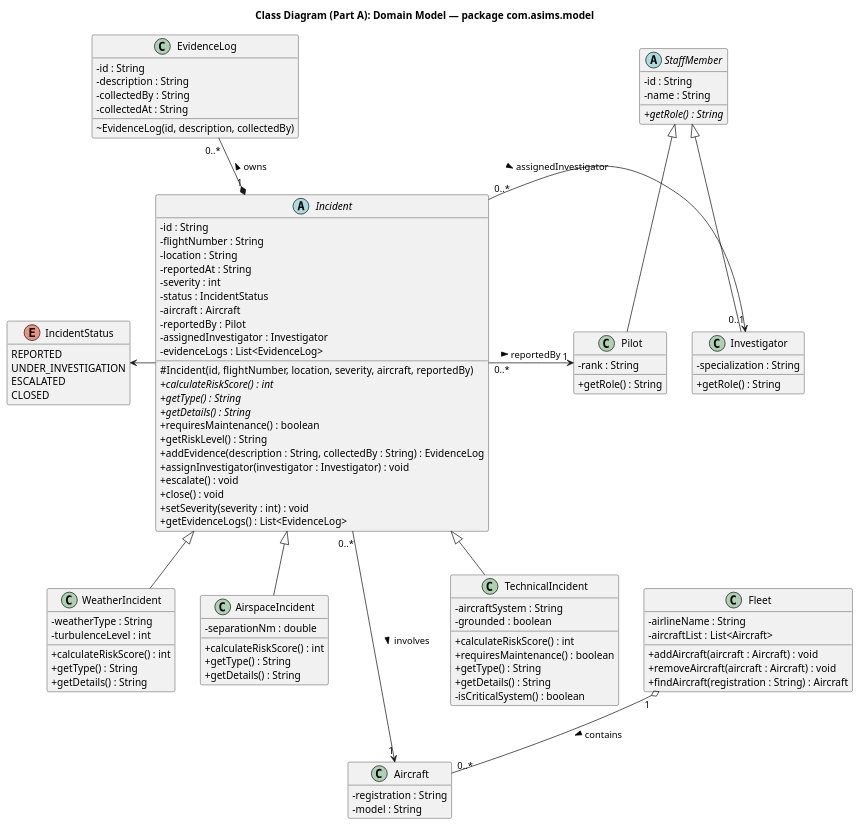
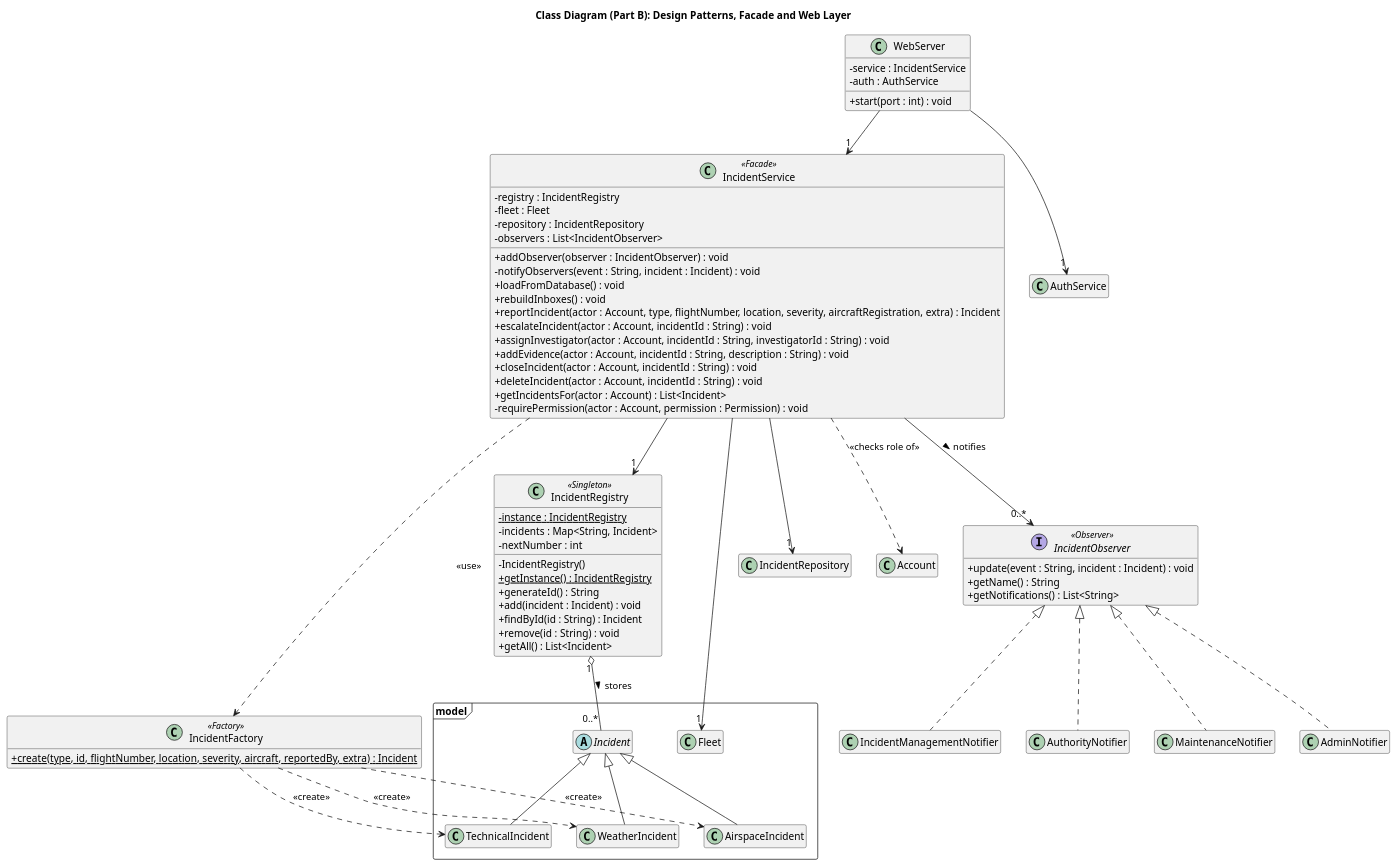
The fourth of 10 diagrams in docs/UML_DIAGRAMS.md (hassanshakil22/OOAD-ASIMS), drawn with PlantUML before and after one commit. The commit also changed other lines of this file and 25 other files, not shown here.

Commit message:
Update report, UML diagrams, test results and README for the new system

````diff
--- a/docs/UML_DIAGRAMS.md
+++ b/docs/UML_DIAGRAMS.md
@@ -325,124 +267,92 @@
 @startuml
 skinparam classAttributeIconSize 0
 hide empty members
-title Class Diagram (Part A): Domain Model — package com.asims.model
+title Class Diagram (Part B): Design Patterns, Facade and Web Layer
 
-enum IncidentStatus {
-  REPORTED
-  UNDER_INVESTIGATION
-  ESCALATED
-  CLOSED
+package model <<Frame>> {
+  abstract class Incident
+  class TechnicalIncident
+  class WeatherIncident
+  class AirspaceIncident
+  class Fleet
 }
 
-abstract class Incident {
-  - id : String
-  - flightNumber : String
-  - location : String
-  - reportedAt : String
-  - severity : int
-  - status : IncidentStatus
-  - aircraft : Aircraft
-  - reportedBy : Pilot
-  - assignedInvestigator : Investigator
-  - evidenceLogs : List<EvidenceLog>
-  # Incident(id, flightNumber, location, severity, aircraft, reportedBy)
-  + {abstract} calculateRiskScore() : int
-  + {abstract} getType() : String
-  + {abstract} getDetails() : String
-  + requiresMaintenance() : boolean
-  + getRiskLevel() : String
-  + addEvidence(description : String, collectedBy : String) : EvidenceLog
-  + assignInvestigator(investigator : Investigator) : void
-  + escalate() : void
-  + close() : void
-  + setSeverity(severity : int) : void
-  + getEvidenceLogs() : List<EvidenceLog>
+class IncidentRegistry <<Singleton>> {
+  - {static} instance : IncidentRegistry
+  - incidents : Map<String, Incident>
+  - nextNumber : int
+  - IncidentRegistry()
+  + {static} getInstance() : IncidentRegistry
+  + generateId() : String
+  + add(incident : Incident) : void
+  + findById(id : String) : Incident
+  + remove(id : String) : void
+  + getAll() : List<Incident>
 }
 
-class TechnicalIncident {
-  - aircraftSystem : String
-  - grounded : boolean
-  + calculateRiskScore() : int
-  + requiresMaintenance() : boolean
-  + getType() : String
-  + getDetails() : String
-  - isCriticalSystem() : boolean
+class IncidentFactory <<Factory>> {
+  + {static} create(type, id, flightNumber, location, severity, aircraft, reportedBy, extra) : Incident
 }
 
-class WeatherIncident {
-  - weatherType : String
-  - turbulenceLevel : int
-  + calculateRiskScore() : int
-  + getType() : String
-  + getDetails() : String
+interface IncidentObserver <<Observer>> {
+  + update(event : String, incident : Incident) : void
+  + getName() : String
+  + getNotifications() : List<String>
 }
 
-class AirspaceIncident {
-  - separationNm : double
-  + calculateRiskScore() : int
-  + getType() : String
-  + getDetails() : String
+class AdminNotifier
+class IncidentManagementNotifier
+class AuthorityNotifier
+class MaintenanceNotifier
+
+class IncidentService <<Facade>> {
+  - registry : IncidentRegistry
+  - fleet : Fleet
+  - repository : IncidentRepository
+  - observers : List<IncidentObserver>
+  + addObserver(observer : IncidentObserver) : void
+  - notifyObservers(event : String, incident : Incident) : void
+  + loadFromDatabase() : void
+  + rebuildInboxes() : void
+  + reportIncident(actor : Account, type, flightNumber, location, severity, aircraftRegistration, extra) : Incident
+  + escalateIncident(actor : Account, incidentId : String) : void
+  + assignInvestigator(actor : Account, incidentId : String, investigatorId : String) : void
+  + addEvidence(actor : Account, incidentId : String, description : String) : void
+  + closeIncident(actor : Account, incidentId : String) : void
+  + deleteIncident(actor : Account, incidentId : String) : void
+  + getIncidentsFor(actor : Account) : List<Incident>
+  - requirePermission(actor : Account, permission : Permission) : void
 }
 
-class EvidenceLog {
-  - id : String
-  - description : String
-  - collectedBy : String
-  - collectedAt : String
-  ~ EvidenceLog(id, description, collectedBy)
+class WebServer {
+  - service : IncidentService
+  - auth : AuthService
+  + start(port : int) : void
 }
 
-abstract class StaffMember {
-  - id : String
-  - name : String
-  + {abstract} getRole() : String
-}
+class IncidentRepository
+class Account
+class AuthService
 
-class Pilot {
-  - rank : String
-  + getRole() : String
-}
+IncidentObserver <|.. AdminNotifier
+IncidentObserver <|.. IncidentManagementNotifier
+IncidentObserver <|.. AuthorityNotifier
+IncidentObserver <|.. MaintenanceNotifier
 
-class Investigator {
-  - specialization : String
-  + getRole() : String
-}
-
-class Aircraft {
-  - registration : String
-  - model : String
-}
-
-class Fleet {
-  - airlineName : String
-  - aircraftList : List<Aircraft>
-  + addAircraft(aircraft : Aircraft) : void
-  + removeAircraft(aircraft : Aircraft) : void
-  + findAircraft(registration : String) : Aircraft
-}
-
+WebServer --> "1" IncidentService
+WebServer --> "1" AuthService
+IncidentService --> "1" IncidentRegistry
+IncidentService --> "1" Fleet
+IncidentService --> "1" IncidentRepository
+IncidentService --> "0..*" IncidentObserver : notifies >
+IncidentService ..> IncidentFactory : <<use>>
+IncidentService ..> Account : <<checks role of>>
+IncidentRegistry "1" o-- "0..*" Incident : stores >
+IncidentFactory ..> TechnicalIncident : <<create>>
+IncidentFactory ..> WeatherIncident : <<create>>
+IncidentFactory ..> AirspaceIncident : <<create>>
 Incident <|-- TechnicalIncident
 Incident <|-- WeatherIncident
 Incident <|-- AirspaceIncident
-StaffMember <|-- Pilot
-StaffMember <|-- Investigator
-
-Incident "1" *-left- "0..*" EvidenceLog : owns >
-Fleet "1" o-- "0..*" Aircraft : contains >
-Incident "0..*" --> "1" Aircraft : involves >
-Incident "0..*" -right-> "1" Pilot : reportedBy >
-Incident "0..*" -right-> "0..1" Investigator : assignedInvestigator >
-Incident -left-> IncidentStatus
-EvidenceLog -[hidden]down- IncidentStatus
-together {
-  abstract class StaffMember
-  class Pilot
-  class Investigator
-}
-together {
-  class Fleet
-  class Aircraft
-}
-Investigator -[hidden]down- Fleet
 @enduml
 ```
````
